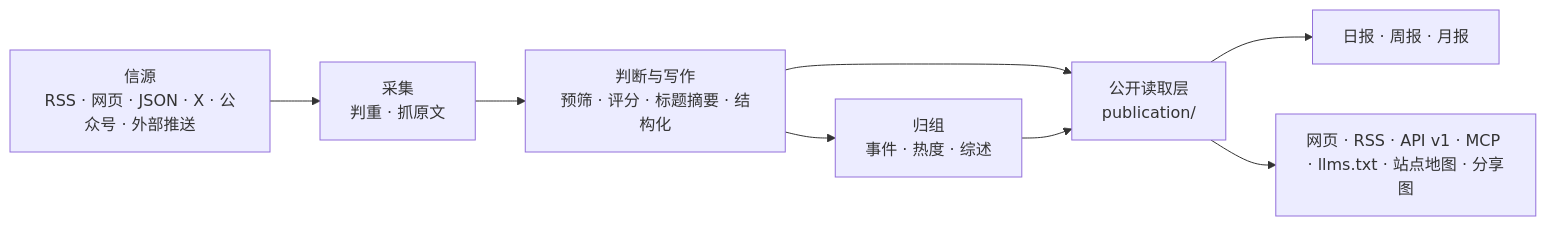
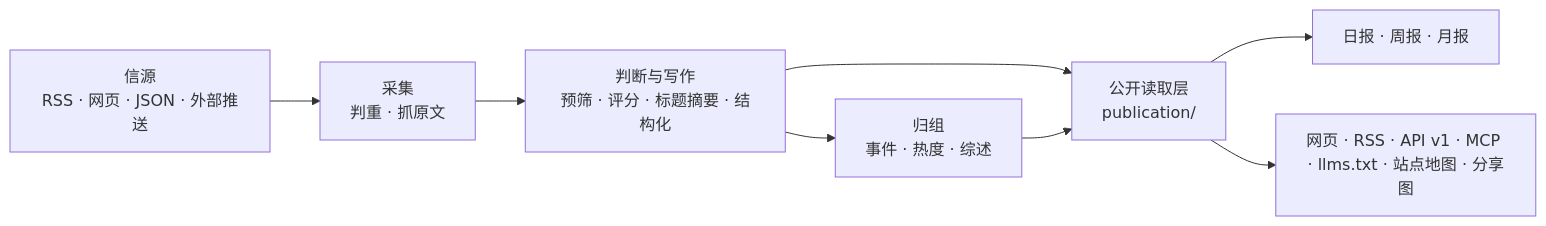
The diagram in docs/开发指南/系统架构.md (ViewWholeWorld/SoyMilk), drawn with Mermaid before and after one commit. The commit also changed other lines of this file and 123 other files, not shown here.

````diff
--- a/docs/开发指南/系统架构.md
+++ b/docs/开发指南/系统架构.md
@@ -3,10 +3,10 @@
 ```mermaid
 flowchart LR
-  S["信源<br/>RSS · 网页 · JSON · X · 公众号 · 外部推送"] --> C["采集<br/>判重 · 抓原文"]
+  S["信源<br/>RSS · 网页 · JSON · 外部推送"] --> C["采集<br/>判重 · 抓原文"]
   C --> J["判断与写作<br/>预筛 · 评分 · 标题摘要 · 结构化"]
   J --> G["归组<br/>事件 · 热度 · 综述"]
   J --> P["公开读取层<br/>publication/"]
   G --> P
   P --> R["日报 · 周报 · 月报"]
   P --> O["网页 · RSS · API v1 · MCP · llms.txt · 站点地图 · 分享图"]
 ```
````
